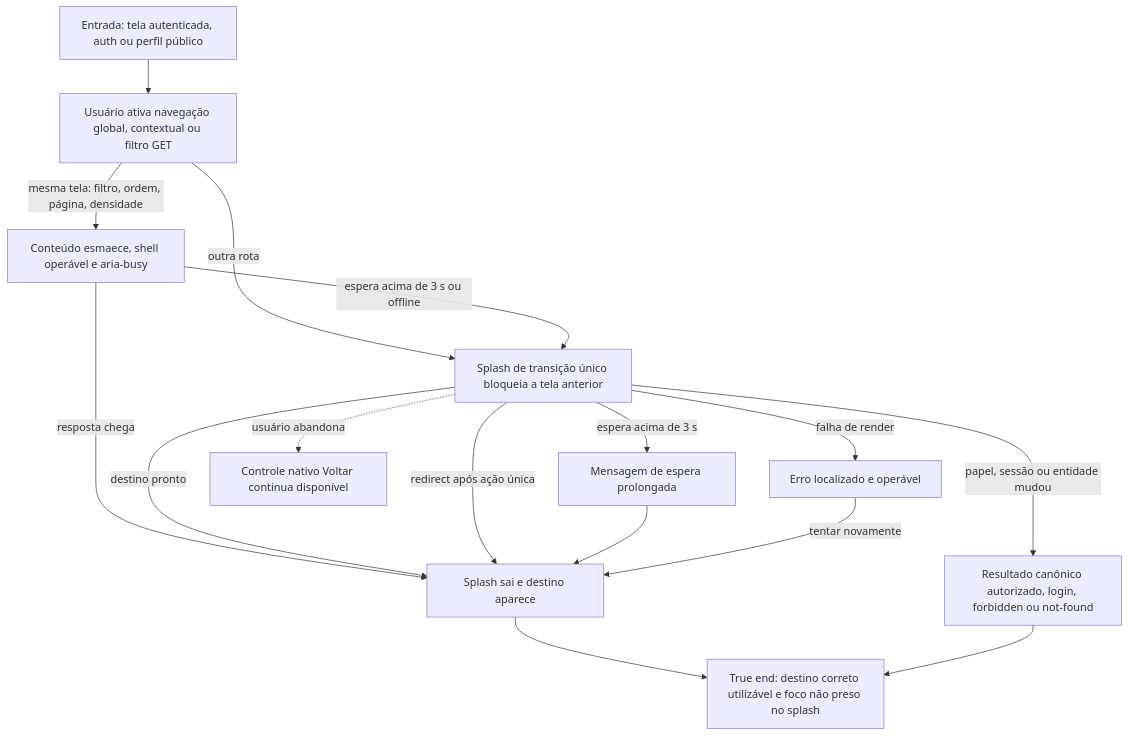
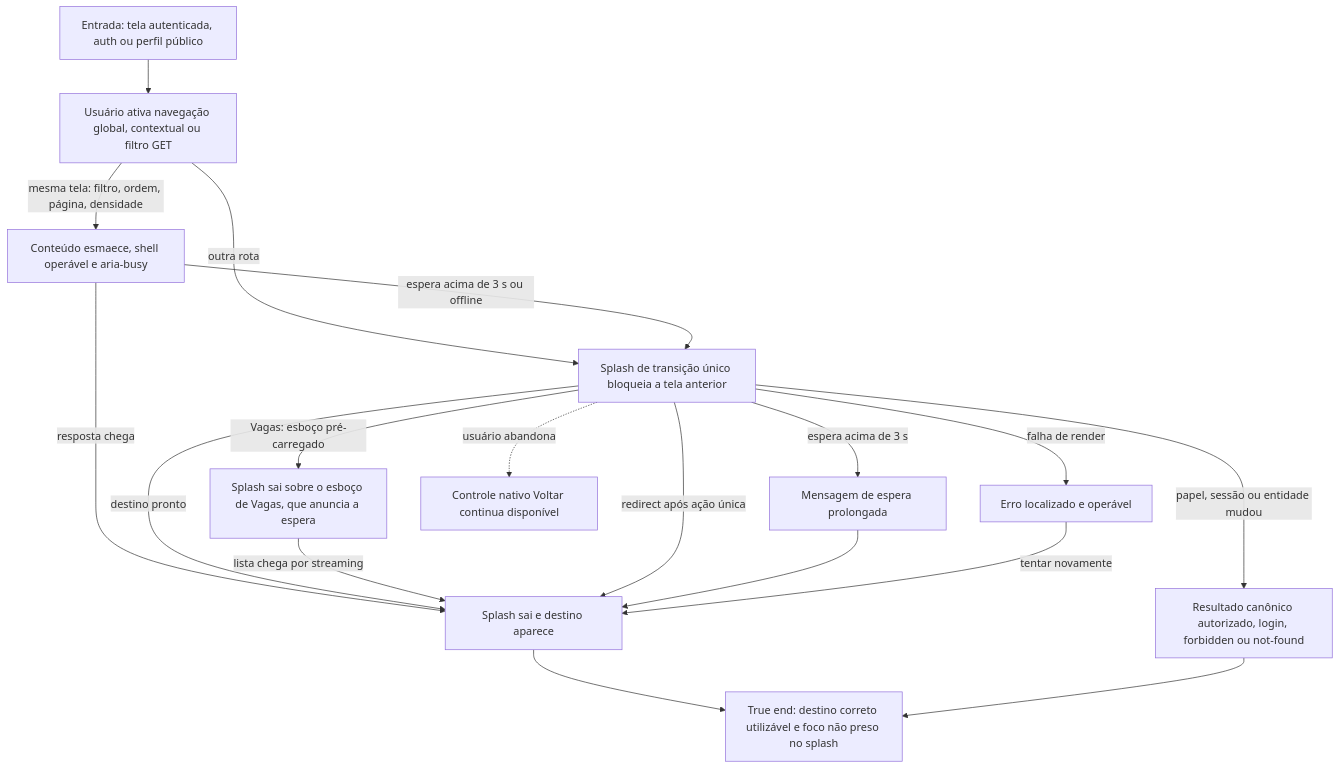
The diagram in docs/qa/journeys/J-switch-workspace-screen.md (andreustimm/master-jobs), drawn with Mermaid before and after one commit. The commit also changed 16 other files, not shown here.

First line of the commit message:
feat(vagas): esboço de carregamento em /jobs e seções em streaming no detalhe

````diff
--- a/docs/qa/journeys/J-switch-workspace-screen.md
+++ b/docs/qa/journeys/J-switch-workspace-screen.md
@@ -3,18 +3,20 @@
 ```mermaid
 flowchart TD
     A[Entrada: tela autenticada, auth ou perfil público] --> B[Usuário ativa navegação global, contextual ou filtro GET]
     B -->|outra rota| C[Splash de transição único bloqueia a tela anterior]
     B -->|mesma tela: filtro, ordem, página, densidade| S[Conteúdo esmaece, shell operável e aria-busy]
     S -->|resposta chega| D
     S -->|espera acima de 3 s ou offline| C
     C -->|destino pronto| D[Splash sai e destino aparece]
+    C -->|Vagas: esboço pré-carregado| L[Splash sai sobre o esboço de Vagas, que anuncia a espera]
+    L -->|lista chega por streaming| D
     C -->|redirect após ação única| D
     C -->|papel, sessão ou entidade mudou| H[Resultado canônico autorizado, login, forbidden ou not-found]
     C -->|espera acima de 3 s| E[Mensagem de espera prolongada]
     E --> D
     C -->|falha de render| F[Erro localizado e operável]
     F -->|tentar novamente| D
     C -.->|usuário abandona| X[Controle nativo Voltar continua disponível]
     D --> G[True end: destino correto utilizável e foco não preso no splash]
     H --> G
 ```
````
